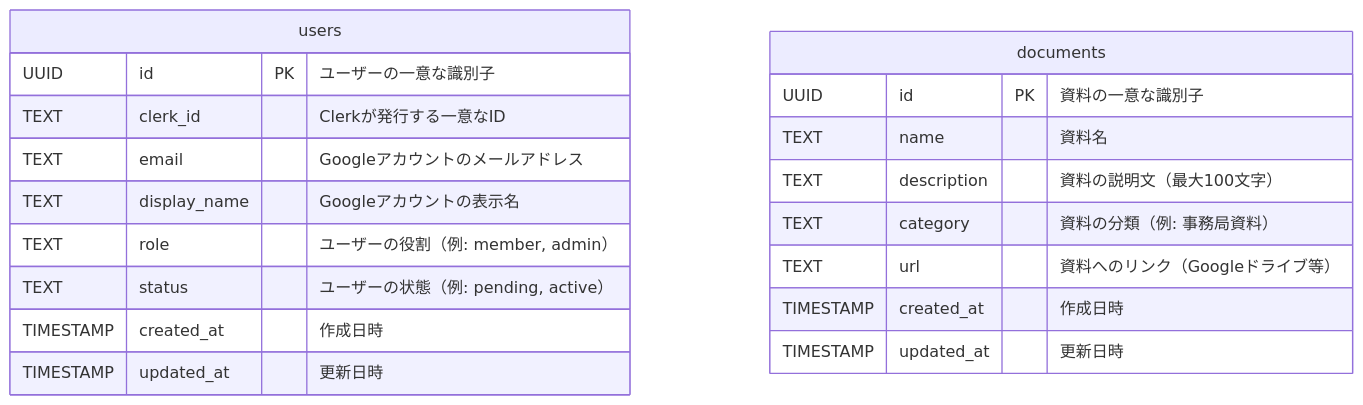
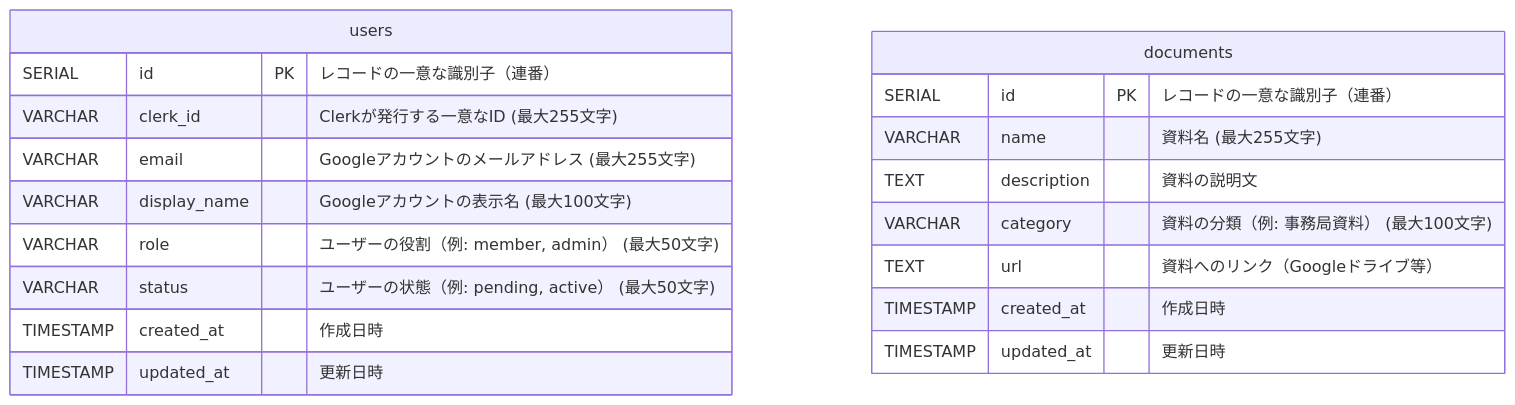
The diagram in docs/database.md (Singuralitylabs/portal-site), drawn with Mermaid before and after one commit. The commit also changed other lines of this file, not shown here.

````diff
--- a/docs/database.md
+++ b/docs/database.md
@@ -37,24 +36,23 @@
 ```mermaid
 erDiagram
     users {
-        UUID id PK "ユーザーの一意な識別子"
-        TEXT clerk_id "Clerkが発行する一意なID"
-        TEXT email "Googleアカウントのメールアドレス"
-        TEXT display_name "Googleアカウントの表示名"
-        TEXT role "ユーザーの役割（例: member, admin）"
-        TEXT status "ユーザーの状態（例: pending, active）"
+        SERIAL id PK "レコードの一意な識別子（連番）"
+        VARCHAR clerk_id "Clerkが発行する一意なID (最大255文字)"
+        VARCHAR email "Googleアカウントのメールアドレス (最大255文字)"
+        VARCHAR display_name "Googleアカウントの表示名 (最大100文字)"
+        VARCHAR role "ユーザーの役割（例: member, admin） (最大50文字)"
+        VARCHAR status "ユーザーの状態（例: pending, active） (最大50文字)"
         TIMESTAMP created_at "作成日時"
         TIMESTAMP updated_at "更新日時"
     }
 
     documents {
-        UUID id PK "資料の一意な識別子"
-        TEXT name "資料名"
-        TEXT description "資料の説明文（最大100文字）"
-        TEXT category "資料の分類（例: 事務局資料）"
+        SERIAL id PK "レコードの一意な識別子（連番）"
+        VARCHAR name "資料名 (最大255文字)"
+        TEXT description "資料の説明文"
+        VARCHAR category "資料の分類（例: 事務局資料） (最大100文字)"
         TEXT url "資料へのリンク（Googleドライブ等）"
         TIMESTAMP created_at "作成日時"
         TIMESTAMP updated_at "更新日時"
     }
-
 ```
````
